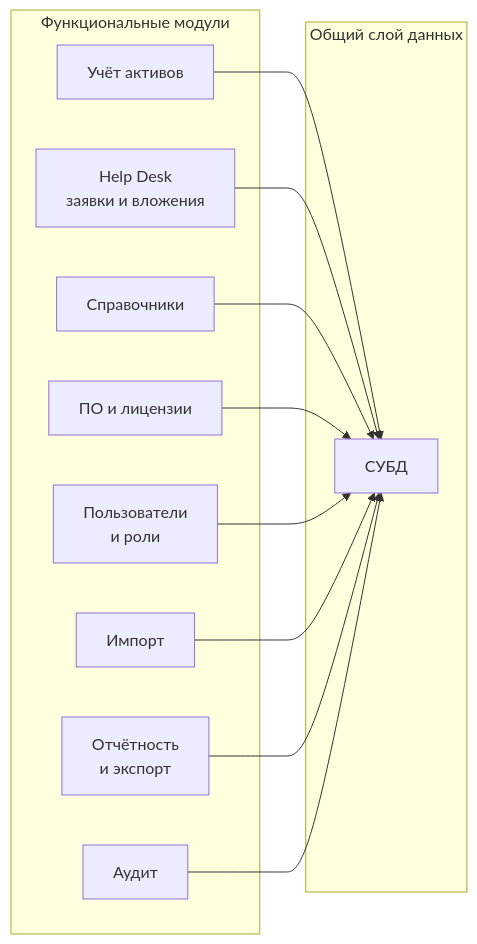
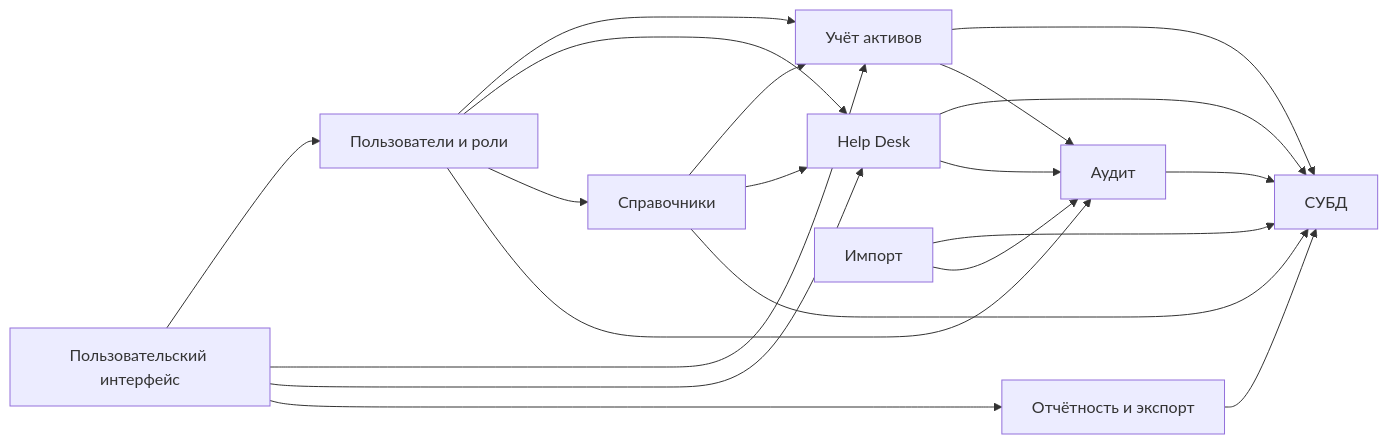
Before and after one commit to rrevva1/IAS_VNIIC: the diagram in docs/vkr/export/mermaid-src/chapter2_fig_2.mmd, drawn with Mermaid. The commit also changed 557 other files, not shown here.

```diff
--- a/docs/vkr/export/mermaid-src/chapter2_fig_2.mmd
+++ b/docs/vkr/export/mermaid-src/chapter2_fig_2.mmd
@@ -1,22 +1,32 @@
+%% Рисунок 2.2 — Компонентная структура прототипа ИАС
+%% Нотация: UML Component Diagram (адаптировано в flowchart)
 graph LR
-  subgraph modules["Функциональные модули"]
-    assets["Учёт активов"]
-    helpDesk["Help Desk<br/>заявки и вложения"]
-    dictionaries["Справочники"]
-    software["ПО и лицензии"]
-    access["Пользователи<br/>и роли"]
-    imports["Импорт"]
-    reports["Отчётность<br/>и экспорт"]
-    audit["Аудит"]
-  end
-  subgraph storage["Общий слой данных"]
-    dbCore["СУБД"]
-  end
+  browser["Пользовательский интерфейс"]
+  auth["Пользователи и роли"]
+  assets["Учёт активов"]
+  helpDesk["Help Desk"]
+  dictionaries["Справочники"]
+  reports["Отчётность и экспорт"]
+  imports["Импорт"]
+  audit["Аудит"]
+  dbCore["СУБД"]
+
+  browser --> auth
+  browser --> assets
+  browser --> helpDesk
+  browser --> reports
+  auth --> assets
+  auth --> helpDesk
+  auth --> dictionaries
+  dictionaries --> assets
+  dictionaries --> helpDesk
   assets --> dbCore
   helpDesk --> dbCore
   dictionaries --> dbCore
-  software --> dbCore
-  access --> dbCore
+  reports --> dbCore
   imports --> dbCore
-  reports --> dbCore
+  assets --> audit
+  helpDesk --> audit
+  auth --> audit
+  imports --> audit
   audit --> dbCore
```
